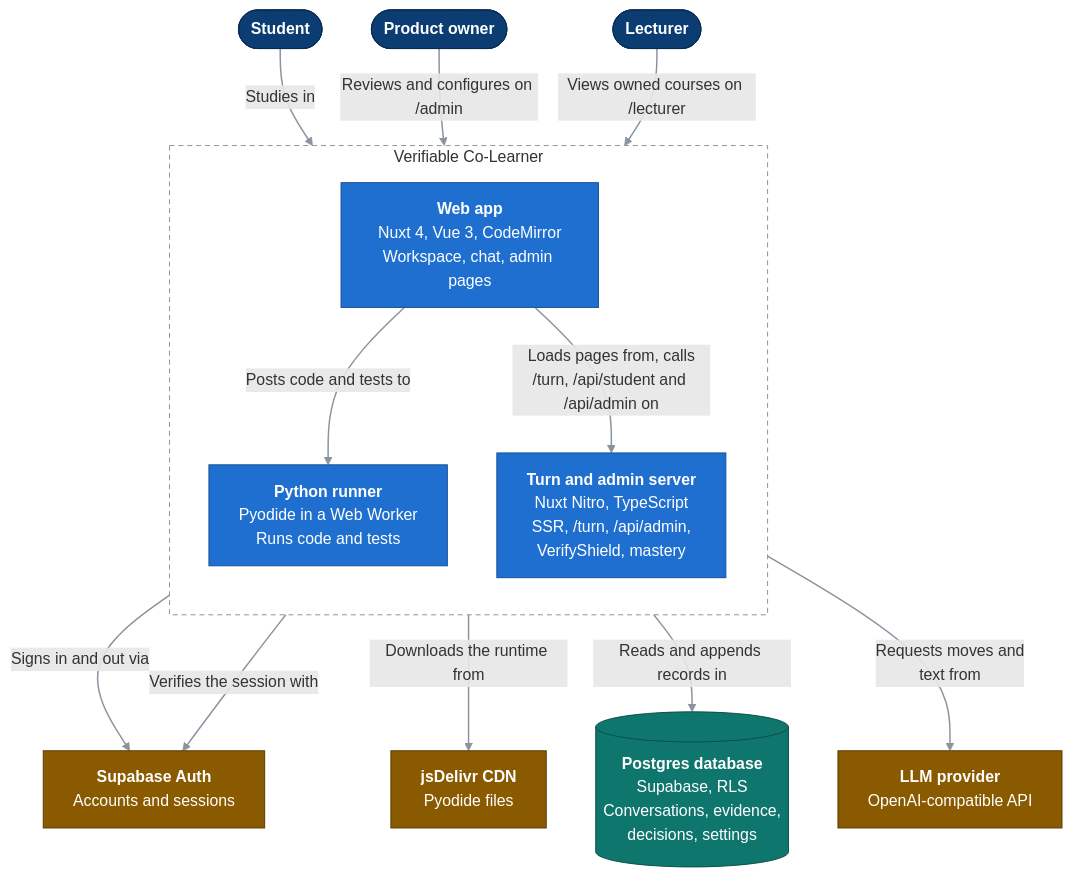
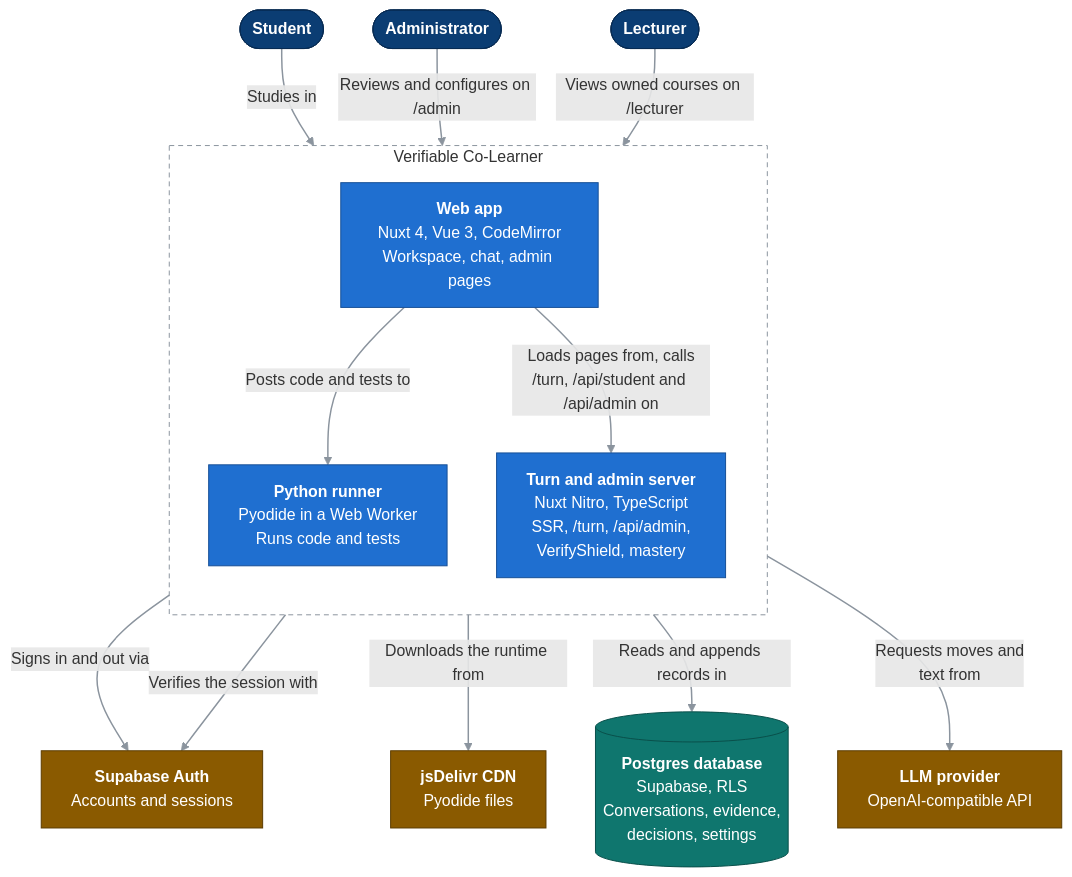
Before and after one commit to Bill2926/COS40005_HN9_Verifiable_Co-Learner_Agent: the diagram in docs/c4/02-containers.md, drawn with Mermaid. The commit also changed 25 other files, not shown here.

First line of the commit message:
Call the staff role administrator wherever a person reads it.

````diff
--- a/docs/c4/02-containers.md
+++ b/docs/c4/02-containers.md
@@ -10,37 +10,37 @@
 ```mermaid
 flowchart TB
   classDef person fill:#0b3d73,stroke:#082b52,color:#ffffff
   classDef comp fill:#1f6fd0,stroke:#164f96,color:#ffffff
   classDef ext fill:#8a5a00,stroke:#5c3c00,color:#ffffff
   classDef db fill:#0f766e,stroke:#0a4f4a,color:#ffffff
   linkStyle default stroke:#8b949e,stroke-width:1.5px
 
   student(["<b>Student</b>"]):::person
-  owner(["<b>Product owner</b>"]):::person
+  owner(["<b>Administrator</b>"]):::person
   lecturer(["<b>Lecturer</b>"]):::person
 
   subgraph sys["Verifiable Co-Learner"]
     direction TB
     spa["<b>Web app</b><br/>Nuxt 4, Vue 3, CodeMirror<br/>Workspace, chat, admin pages"]:::comp
     pyodide["<b>Python runner</b><br/>Pyodide in a Web Worker<br/>Runs code and tests"]:::comp
     server["<b>Turn and admin server</b><br/>Nuxt Nitro, TypeScript<br/>SSR, /turn, /api/admin,<br/>VerifyShield, mastery"]:::comp
   end
 
   auth["<b>Supabase Auth</b><br/>Accounts and sessions"]:::ext
   db[("<b>Postgres database</b><br/>Supabase, RLS<br/>Conversations, evidence,<br/>decisions, settings")]:::db
   llm["<b>LLM provider</b><br/>OpenAI-compatible API"]:::ext
   cdn["<b>jsDelivr CDN</b><br/>Pyodide files"]:::ext
 
   student -->|"Studies in"| spa
   owner -->|"Reviews and configures on /admin"| spa
   lecturer -->|"Views owned courses on /lecturer"| spa
   spa -->|"Posts code and tests to"| pyodide
   spa -->|"Loads pages from, calls<br/>/turn, /api/student and /api/admin on"| server
   spa -->|"Signs in and out via"| auth
   pyodide -->|"Downloads the runtime from"| cdn
   server -->|"Verifies the session with"| auth
   server -->|"Reads and appends records in"| db
   server -->|"Requests moves and<br/>text from"| llm
 
   style sys fill:none,stroke:#8b949e,stroke-dasharray:5 4
 ```
````
